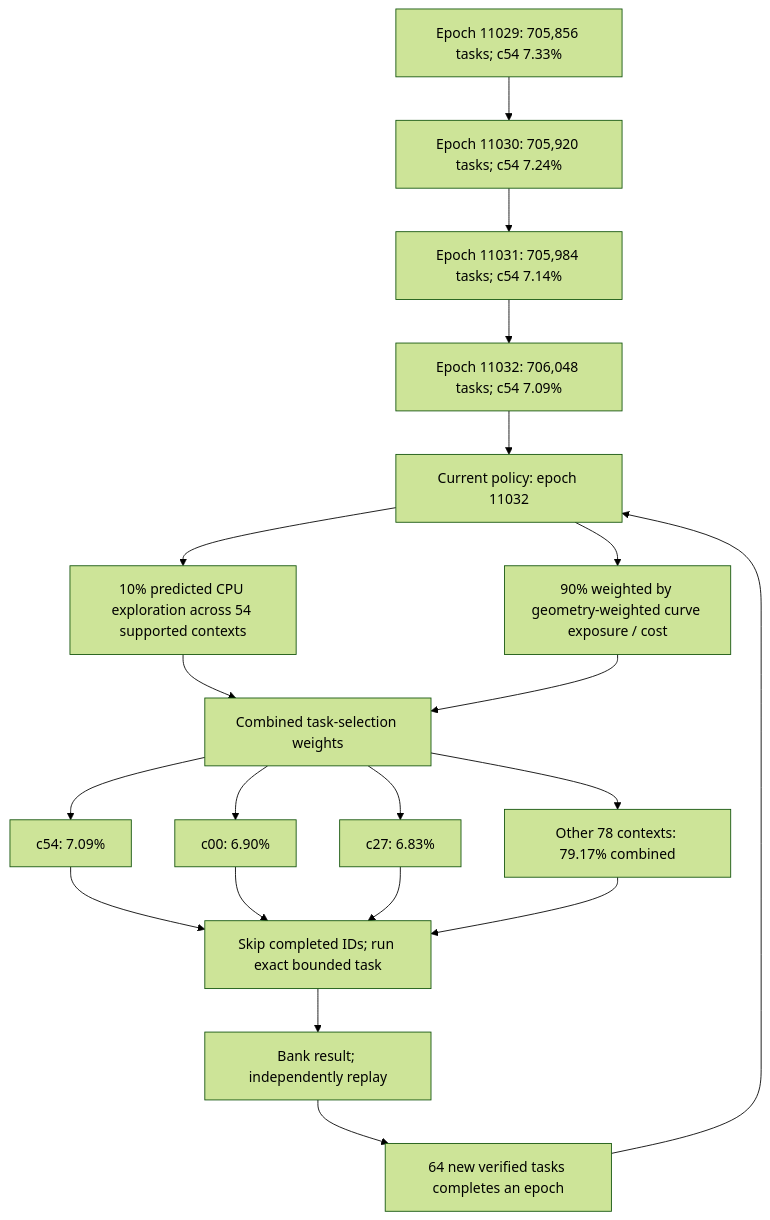
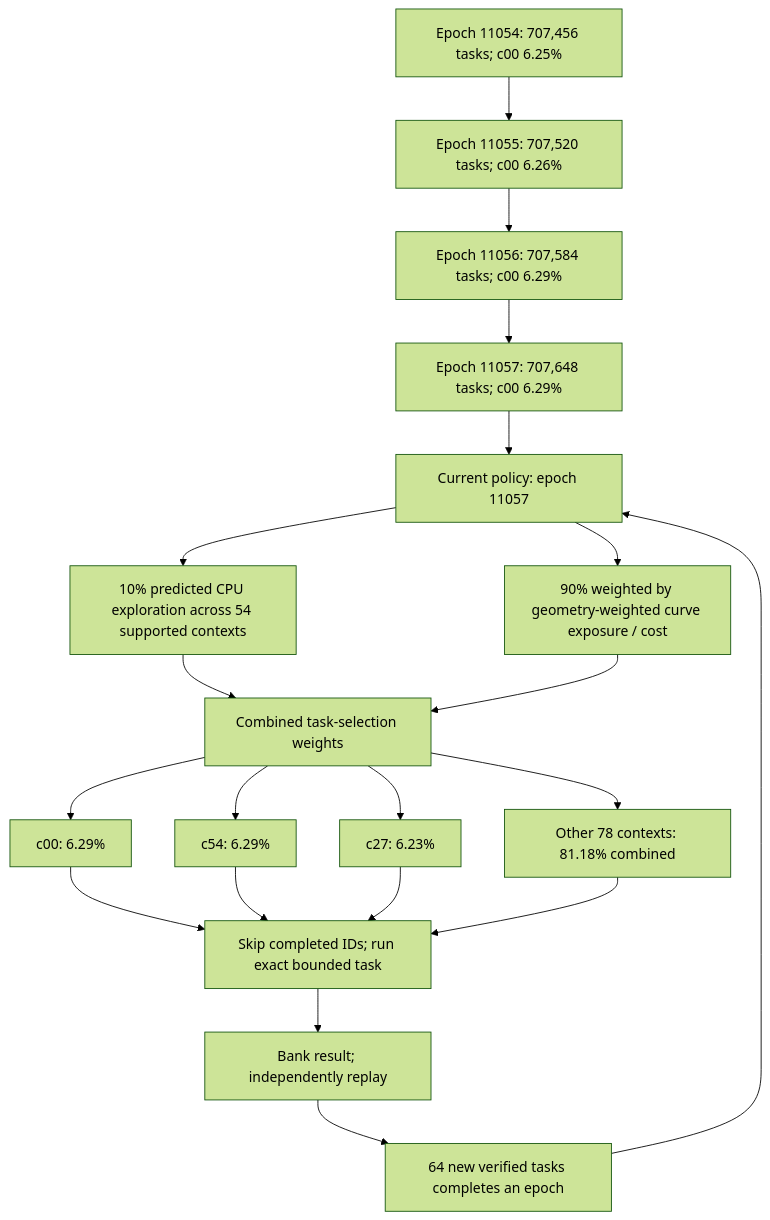
Before and after one commit to Kuberwastaken/math-gambling: the first of 4 diagrams in README.md, drawn with Mermaid (forest theme). The commit also changed other lines of this file and 3378 other files, not shown here.

````diff
--- a/README.md
+++ b/README.md
@@ -60,27 +60,27 @@
 ```mermaid
 flowchart TD
-    H0["Epoch 11029: 705,856 tasks; c54 7.33%"]
-    H1["Epoch 11030: 705,920 tasks; c54 7.24%"]
+    H0["Epoch 11054: 707,456 tasks; c00 6.25%"]
+    H1["Epoch 11055: 707,520 tasks; c00 6.26%"]
     H0 --> H1
-    H2["Epoch 11031: 705,984 tasks; c54 7.14%"]
+    H2["Epoch 11056: 707,584 tasks; c00 6.29%"]
     H1 --> H2
-    H3["Epoch 11032: 706,048 tasks; c54 7.09%"]
+    H3["Epoch 11057: 707,648 tasks; c00 6.29%"]
     H2 --> H3
-    Policy["Current policy: epoch 11032"]
+    Policy["Current policy: epoch 11057"]
     H3 --> Policy
     Policy --> Explore["10% predicted CPU exploration across 54 supported contexts"]
     Policy --> Cost["90% weighted by geometry-weighted curve exposure / cost"]
     Explore --> Mix["Combined task-selection weights"]
     Cost --> Mix
-    Mix --> C0["c54: 7.09%"]
-    Mix --> C1["c00: 6.90%"]
-    Mix --> C2["c27: 6.83%"]
-    Mix --> Rest["Other 78 contexts: 79.17% combined"]
+    Mix --> C0["c00: 6.29%"]
+    Mix --> C1["c54: 6.29%"]
+    Mix --> C2["c27: 6.23%"]
+    Mix --> Rest["Other 78 contexts: 81.18% combined"]
     C0 --> Check["Skip completed IDs; run exact bounded task"]
     C1 --> Check
     C2 --> Check
     Rest --> Check
     Check --> Replay["Bank result; independently replay"]
     Replay --> Gate["64 new verified tasks completes an epoch"]
     Gate --> Policy
 ```
````
